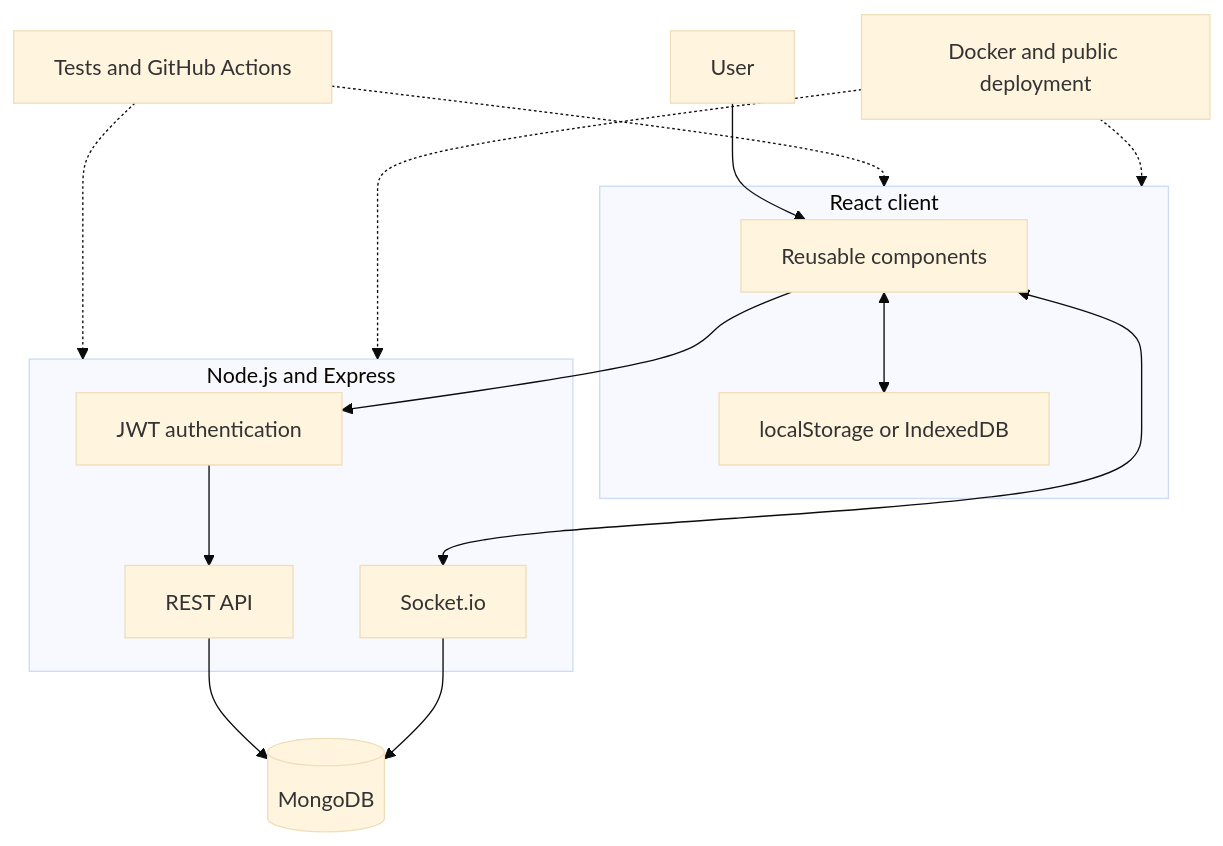
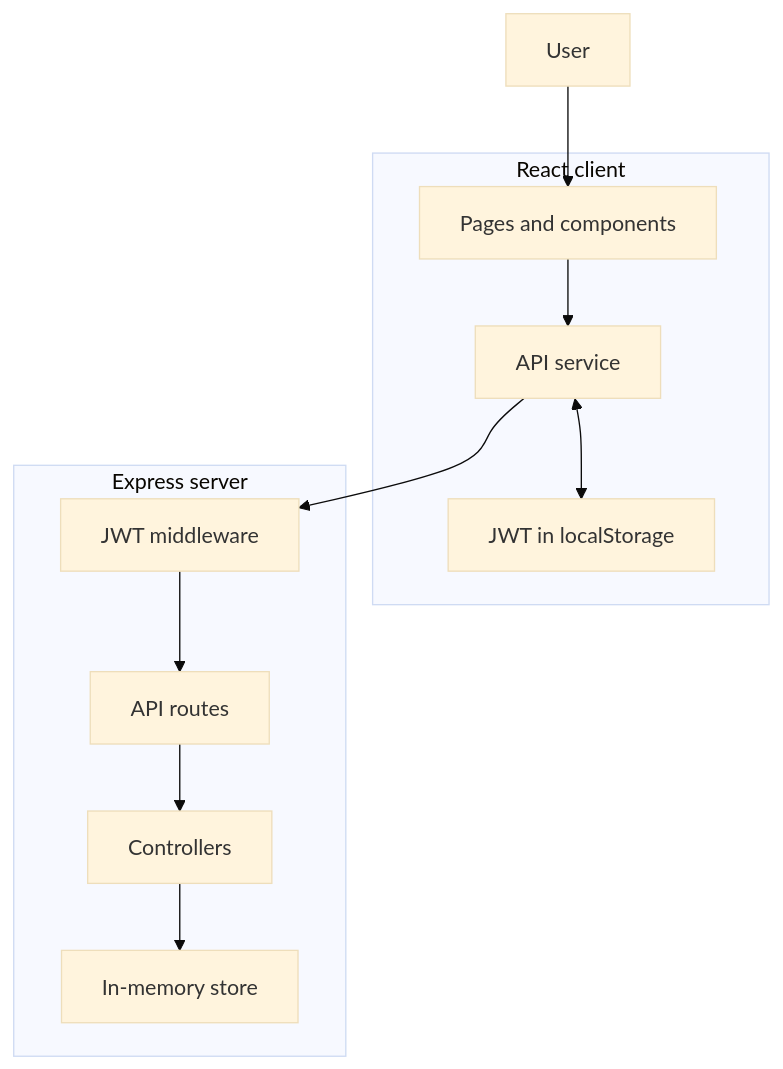
Before and after one commit to SanukaWaravita/collaboard_2: the diagram in README.md, drawn with Mermaid (base theme). The commit also changed other lines of this file, not shown here.

````diff
--- a/README.md
+++ b/README.md
@@ -131,31 +275,25 @@
 ```mermaid
 flowchart TD
     User["User"]
 
     subgraph Client["React client"]
-        UI["Reusable components"]
-        Cache["localStorage or IndexedDB"]
+        Pages["Pages and components"]
+        APIClient["API service"]
+        Session["JWT in localStorage"]
     end
 
-    subgraph Server["Node.js and Express"]
-        Auth["JWT authentication"]
-        API["REST API"]
-        Socket["Socket.io"]
+    subgraph Server["Express server"]
+        Auth["JWT middleware"]
+        Routes["API routes"]
+        Controllers["Controllers"]
+        Memory["In-memory store"]
     end
 
-    Database[("MongoDB")]
-    CI["Tests and GitHub Actions"]
-    Deploy["Docker and public deployment"]
-
-    User --> UI
-    UI <--> Cache
-    UI --> Auth
-    Auth --> API
-    API --> Database
-    UI <--> Socket
-    Socket --> Database
-    CI -.-> Client
-    CI -.-> Server
-    Deploy -.-> Client
-    Deploy -.-> Server
+    User --> Pages
+    Pages --> APIClient
+    APIClient <--> Session
+    APIClient --> Auth
+    Auth --> Routes
+    Routes --> Controllers
+    Controllers --> Memory
 ```
````
